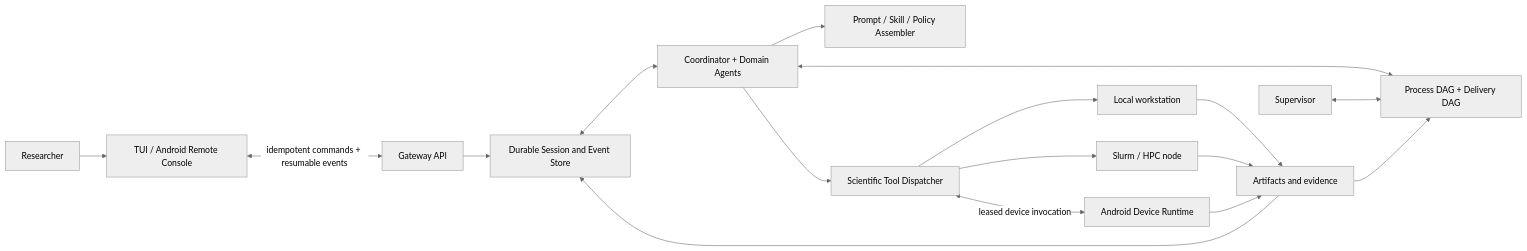
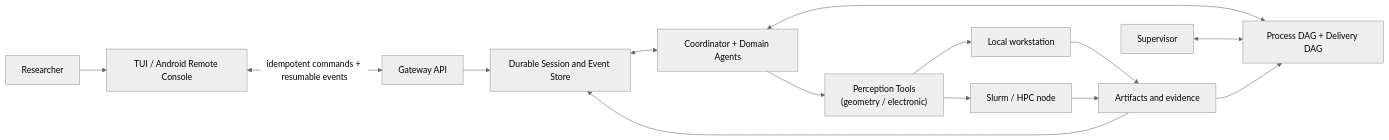
One commit to jiajia-jun/Cloudra-mechanism-agent changed the diagram in README.md. Above: the diagram before and after it, drawn with Mermaid (neutral theme). The commit also changed other lines of this file and 1 other file, not shown here.

````diff
--- a/README.md
+++ b/README.md
@@ -92,19 +126,16 @@
 ```mermaid
 flowchart LR
     U["Researcher"] --> C["TUI / Android Remote Console"]
     C <-->|"idempotent commands + resumable events"| G["Gateway API"]
     G --> S["Durable Session and Event Store"]
     S <--> A["Coordinator + Domain Agents"]
-    A --> P["Prompt / Skill / Policy Assembler"]
-    A --> T["Scientific Tool Dispatcher"]
+    A --> P["Perception Tools<br/>(geometry / electronic)"]
     A <--> D2["Process DAG + Delivery DAG"]
     SV["Supervisor"] <--> D2
-    T --> L["Local workstation"]
-    T --> H["Slurm / HPC node"]
-    T <-->|"leased device invocation"| D["Android Device Runtime"]
+    P --> L["Local workstation"]
+    P --> H["Slurm / HPC node"]
     L --> R["Artifacts and evidence"]
     H --> R
-    D --> R
     R --> D2
     R --> S
 ```
````
